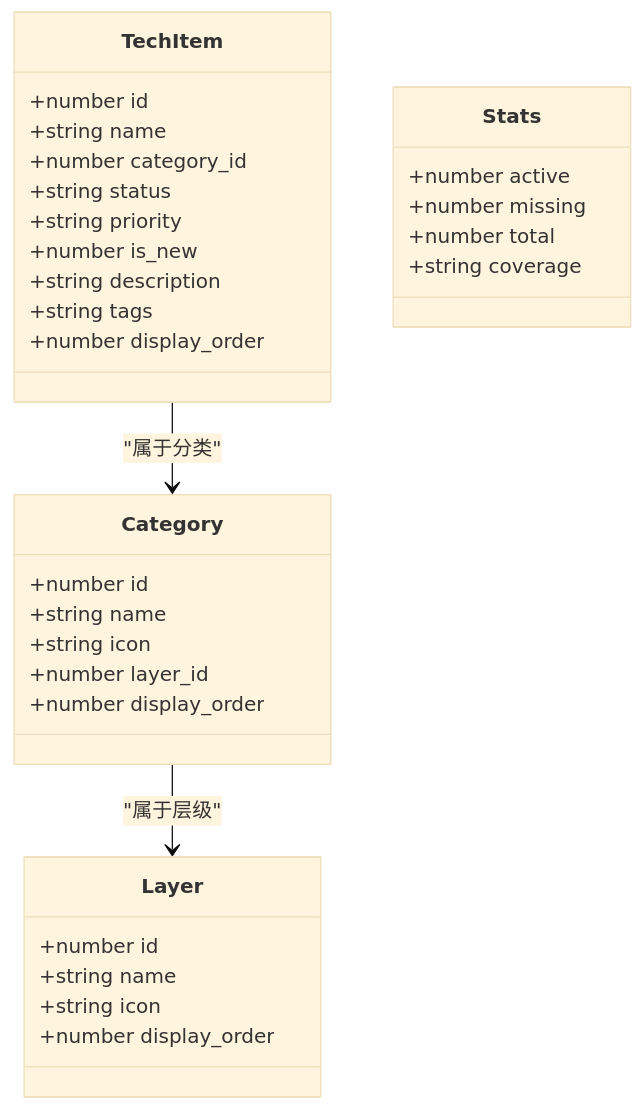
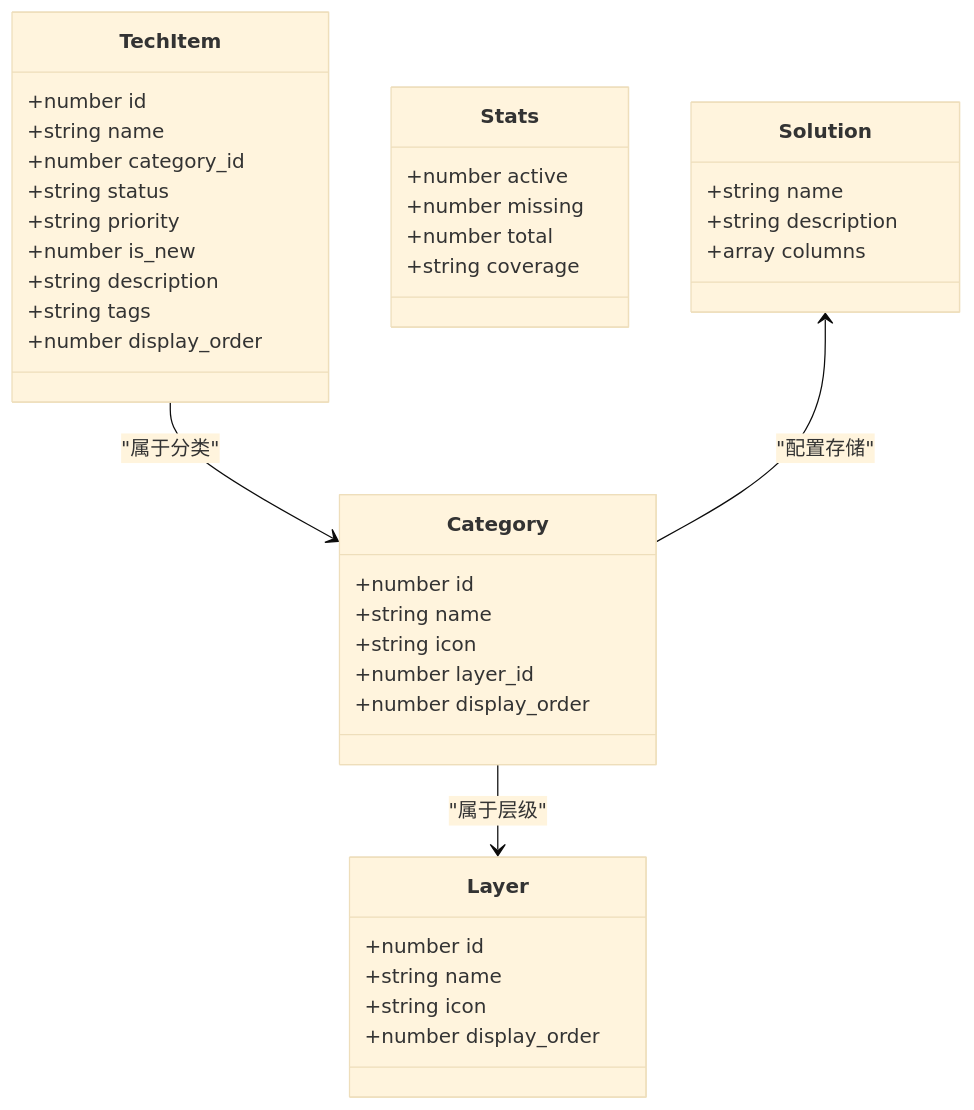
The third of 7 diagrams in .qoder/repowiki/zh/content/开发指南/开发指南.md (tutusiji/lantu-next), drawn with Mermaid (base theme) before and after one commit. The commit also changed other lines of this file and 22 other files, not shown here.

````diff
--- a/.qoder/repowiki/zh/content/开发指南/开发指南.md
+++ b/.qoder/repowiki/zh/content/开发指南/开发指南.md
@@ -153,35 +225,41 @@
 ```mermaid
 classDiagram
 class Layer {
 +number id
 +string name
 +string icon
 +number display_order
 }
 class Category {
 +number id
 +string name
 +string icon
 +number layer_id
 +number display_order
 }
 class TechItem {
 +number id
 +string name
 +number category_id
 +string status
 +string priority
 +number is_new
 +string description
 +string tags
 +number display_order
 }
 class Stats {
 +number active
 +number missing
 +number total
 +string coverage
 }
+class Solution {
++string name
++string description
++array columns
+}
 Category --> Layer : "属于层级"
 TechItem --> Category : "属于分类"
+Solution <-- Category : "配置存储"
 ```
````
